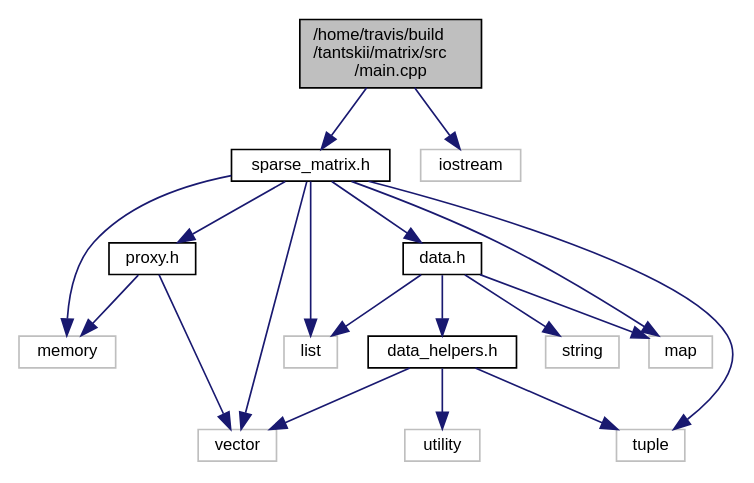
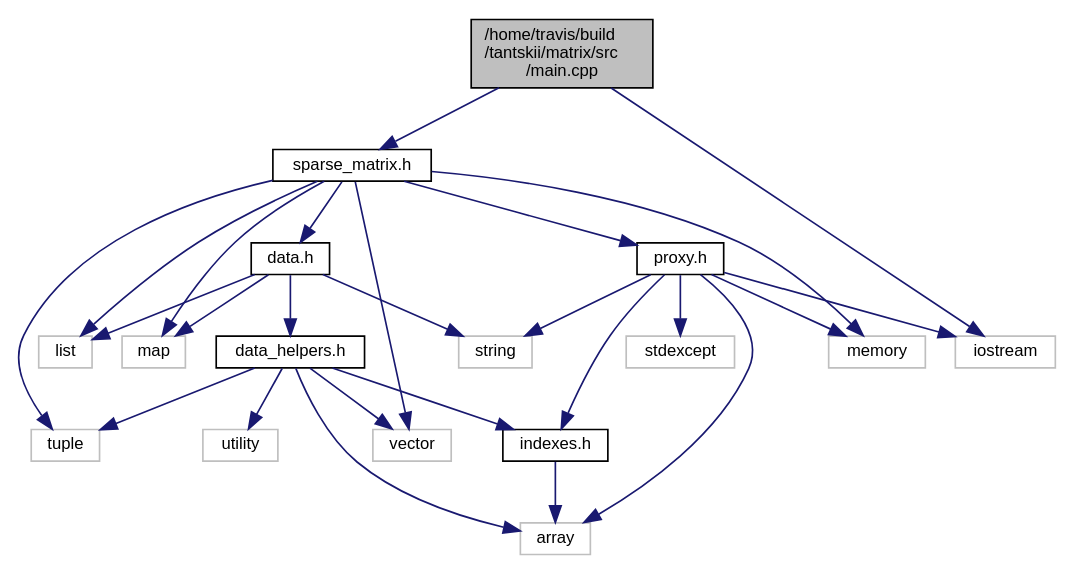
The diagram in main_8cpp__incl.dot (tantskii/matrix), drawn with Graphviz before and after one commit. The commit also changed 95 other files, not shown here.

```diff
--- a/main_8cpp__incl.dot
+++ b/main_8cpp__incl.dot
@@ -1,36 +1,46 @@
 digraph "/home/travis/build/tantskii/matrix/src/main.cpp"
 {
   edge [fontname="Helvetica",fontsize="10",labelfontname="Helvetica",labelfontsize="10"];
   node [fontname="Helvetica",fontsize="10",shape=record];
   Node1 [label="/home/travis/build\l/tantskii/matrix/src\l/main.cpp",height=0.2,width=0.4,color="black", fillcolor="grey75", style="filled", fontcolor="black"];
   Node1 -> Node2 [color="midnightblue",fontsize="10",style="solid",fontname="Helvetica"];
-  Node2 [label="sparse_matrix.h",height=0.2,width=0.4,color="black", fillcolor="white", style="filled",URL="$sparse__matrix_8h.html"];
+  Node2 [label="sparse_matrix.h",height=0.2,width=0.4,color="black", fillcolor="white", style="filled",URL="$sparse__matrix_8h.html",tooltip="Заголовочный класс, содержащий определение и реализацию класса бесконечной разреженной матрицы ..."];
   Node2 -> Node3 [color="midnightblue",fontsize="10",style="solid",fontname="Helvetica"];
   Node3 [label="proxy.h",height=0.2,width=0.4,color="black", fillcolor="white", style="filled",URL="$proxy_8h.html",tooltip="заголовочный класс, содержащий описание и реализацию прокси класса, который осуществляет чтение и доб..."];
   Node3 -> Node4 [color="midnightblue",fontsize="10",style="solid",fontname="Helvetica"];
-  Node4 [label="memory",height=0.2,width=0.4,color="grey75", fillcolor="white", style="filled"];
+  Node4 [label="indexes.h",height=0.2,width=0.4,color="black", fillcolor="white", style="filled",URL="$indexes_8h.html",tooltip="Заголовочный класс, содержащий определение набора индексов "];
+  Node4 -> Node5 [color="midnightblue",fontsize="10",style="solid",fontname="Helvetica"];
+  Node5 [label="array",height=0.2,width=0.4,color="grey75", fillcolor="white", style="filled"];
+  Node3 -> Node6 [color="midnightblue",fontsize="10",style="solid",fontname="Helvetica"];
+  Node6 [label="memory",height=0.2,width=0.4,color="grey75", fillcolor="white", style="filled"];
+  Node3 -> Node7 [color="midnightblue",fontsize="10",style="solid",fontname="Helvetica"];
+  Node7 [label="string",height=0.2,width=0.4,color="grey75", fillcolor="white", style="filled"];
   Node3 -> Node5 [color="midnightblue",fontsize="10",style="solid",fontname="Helvetica"];
-  Node5 [label="vector",height=0.2,width=0.4,color="grey75", fillcolor="white", style="filled"];
+  Node3 -> Node8 [color="midnightblue",fontsize="10",style="solid",fontname="Helvetica"];
+  Node8 [label="stdexcept",height=0.2,width=0.4,color="grey75", fillcolor="white", style="filled"];
+  Node3 -> Node9 [color="midnightblue",fontsize="10",style="solid",fontname="Helvetica"];
+  Node9 [label="iostream",height=0.2,width=0.4,color="grey75", fillcolor="white", style="filled"];
+  Node2 -> Node10 [color="midnightblue",fontsize="10",style="solid",fontname="Helvetica"];
+  Node10 [label="data.h",height=0.2,width=0.4,color="black", fillcolor="white", style="filled",URL="$data_8h.html",tooltip="Заголовочный файл с описанием и реализацией класса, осуществляющего хранение данных разреженной матри..."];
+  Node10 -> Node11 [color="midnightblue",fontsize="10",style="solid",fontname="Helvetica"];
+  Node11 [label="data_helpers.h",height=0.2,width=0.4,color="black", fillcolor="white", style="filled",URL="$data__helpers_8h.html",tooltip="Данный заголовочный файл содержит вспомогательные функии класса Data<T, N> описанного в data..."];
+  Node11 -> Node4 [color="midnightblue",fontsize="10",style="solid",fontname="Helvetica"];
+  Node11 -> Node12 [color="midnightblue",fontsize="10",style="solid",fontname="Helvetica"];
+  Node12 [label="vector",height=0.2,width=0.4,color="grey75", fillcolor="white", style="filled"];
+  Node11 -> Node13 [color="midnightblue",fontsize="10",style="solid",fontname="Helvetica"];
+  Node13 [label="tuple",height=0.2,width=0.4,color="grey75", fillcolor="white", style="filled"];
+  Node11 -> Node14 [color="midnightblue",fontsize="10",style="solid",fontname="Helvetica"];
+  Node14 [label="utility",height=0.2,width=0.4,color="grey75", fillcolor="white", style="filled"];
+  Node11 -> Node5 [color="midnightblue",fontsize="10",style="solid",fontname="Helvetica"];
+  Node10 -> Node15 [color="midnightblue",fontsize="10",style="solid",fontname="Helvetica"];
+  Node15 [label="list",height=0.2,width=0.4,color="grey75", fillcolor="white", style="filled"];
+  Node10 -> Node16 [color="midnightblue",fontsize="10",style="solid",fontname="Helvetica"];
+  Node16 [label="map",height=0.2,width=0.4,color="grey75", fillcolor="white", style="filled"];
+  Node10 -> Node7 [color="midnightblue",fontsize="10",style="solid",fontname="Helvetica"];
+  Node2 -> Node16 [color="midnightblue",fontsize="10",style="solid",fontname="Helvetica"];
+  Node2 -> Node15 [color="midnightblue",fontsize="10",style="solid",fontname="Helvetica"];
+  Node2 -> Node13 [color="midnightblue",fontsize="10",style="solid",fontname="Helvetica"];
   Node2 -> Node6 [color="midnightblue",fontsize="10",style="solid",fontname="Helvetica"];
-  Node6 [label="data.h",height=0.2,width=0.4,color="black", fillcolor="white", style="filled",URL="$data_8h.html",tooltip="Заголовочный файл с описанием и реализацией класса, осуществляющего хранение данных разреженной матри..."];
-  Node6 -> Node7 [color="midnightblue",fontsize="10",style="solid",fontname="Helvetica"];
-  Node7 [label="data_helpers.h",height=0.2,width=0.4,color="black", fillcolor="white", style="filled",URL="$data__helpers_8h.html",tooltip="Данный заголовочный файл содержит вспомогательные функии класса Data<T, N> описанного в data..."];
-  Node7 -> Node5 [color="midnightblue",fontsize="10",style="solid",fontname="Helvetica"];
-  Node7 -> Node8 [color="midnightblue",fontsize="10",style="solid",fontname="Helvetica"];
-  Node8 [label="tuple",height=0.2,width=0.4,color="grey75", fillcolor="white", style="filled"];
-  Node7 -> Node9 [color="midnightblue",fontsize="10",style="solid",fontname="Helvetica"];
-  Node9 [label="utility",height=0.2,width=0.4,color="grey75", fillcolor="white", style="filled"];
-  Node6 -> Node10 [color="midnightblue",fontsize="10",style="solid",fontname="Helvetica"];
-  Node10 [label="list",height=0.2,width=0.4,color="grey75", fillcolor="white", style="filled"];
-  Node6 -> Node11 [color="midnightblue",fontsize="10",style="solid",fontname="Helvetica"];
-  Node11 [label="map",height=0.2,width=0.4,color="grey75", fillcolor="white", style="filled"];
-  Node6 -> Node12 [color="midnightblue",fontsize="10",style="solid",fontname="Helvetica"];
-  Node12 [label="string",height=0.2,width=0.4,color="grey75", fillcolor="white", style="filled"];
-  Node2 -> Node11 [color="midnightblue",fontsize="10",style="solid",fontname="Helvetica"];
-  Node2 -> Node10 [color="midnightblue",fontsize="10",style="solid",fontname="Helvetica"];
-  Node2 -> Node8 [color="midnightblue",fontsize="10",style="solid",fontname="Helvetica"];
-  Node2 -> Node4 [color="midnightblue",fontsize="10",style="solid",fontname="Helvetica"];
-  Node2 -> Node5 [color="midnightblue",fontsize="10",style="solid",fontname="Helvetica"];
-  Node1 -> Node13 [color="midnightblue",fontsize="10",style="solid",fontname="Helvetica"];
-  Node13 [label="iostream",height=0.2,width=0.4,color="grey75", fillcolor="white", style="filled"];
+  Node2 -> Node12 [color="midnightblue",fontsize="10",style="solid",fontname="Helvetica"];
+  Node1 -> Node9 [color="midnightblue",fontsize="10",style="solid",fontname="Helvetica"];
 }
```
